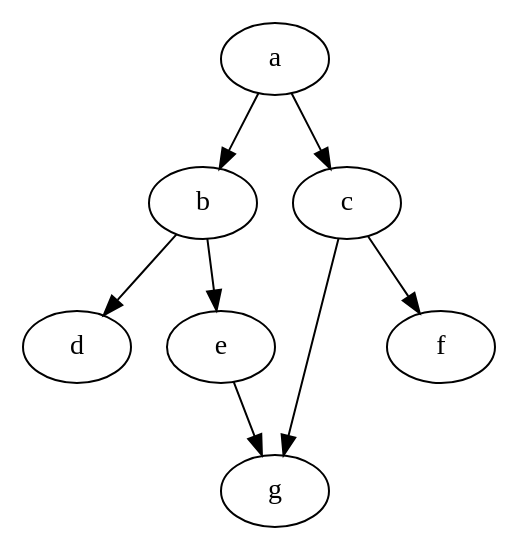
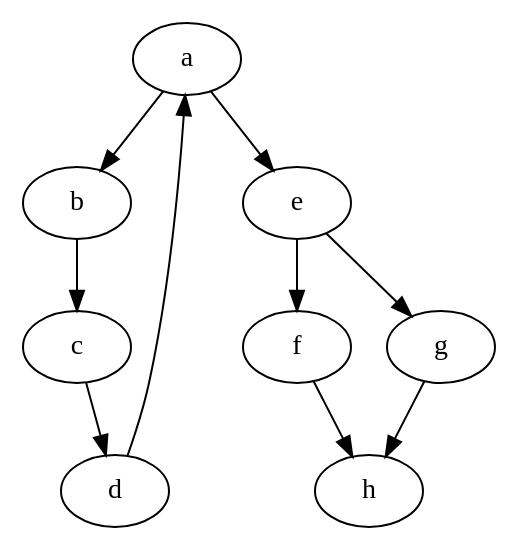
Before and after one commit to ryanalfa94/-CSE-464-2024-ralfa: the diagram in target/classes/output.dot, drawn with Graphviz. The commit also changed 22 other files, not shown here.

```diff
--- a/target/classes/output.dot
+++ b/target/classes/output.dot
@@ -1,9 +1,11 @@
 digraph "G" {
 "a" -> "b"
-"a" -> "c"
-"b" -> "d"
-"b" -> "e"
+"a" -> "e"
+"b" -> "c"
+"c" -> "d"
+"d" -> "a"
+"e" -> "f"
 "e" -> "g"
-"c" -> "f"
-"c" -> "g"
+"f" -> "h"
+"g" -> "h"
 }
```
